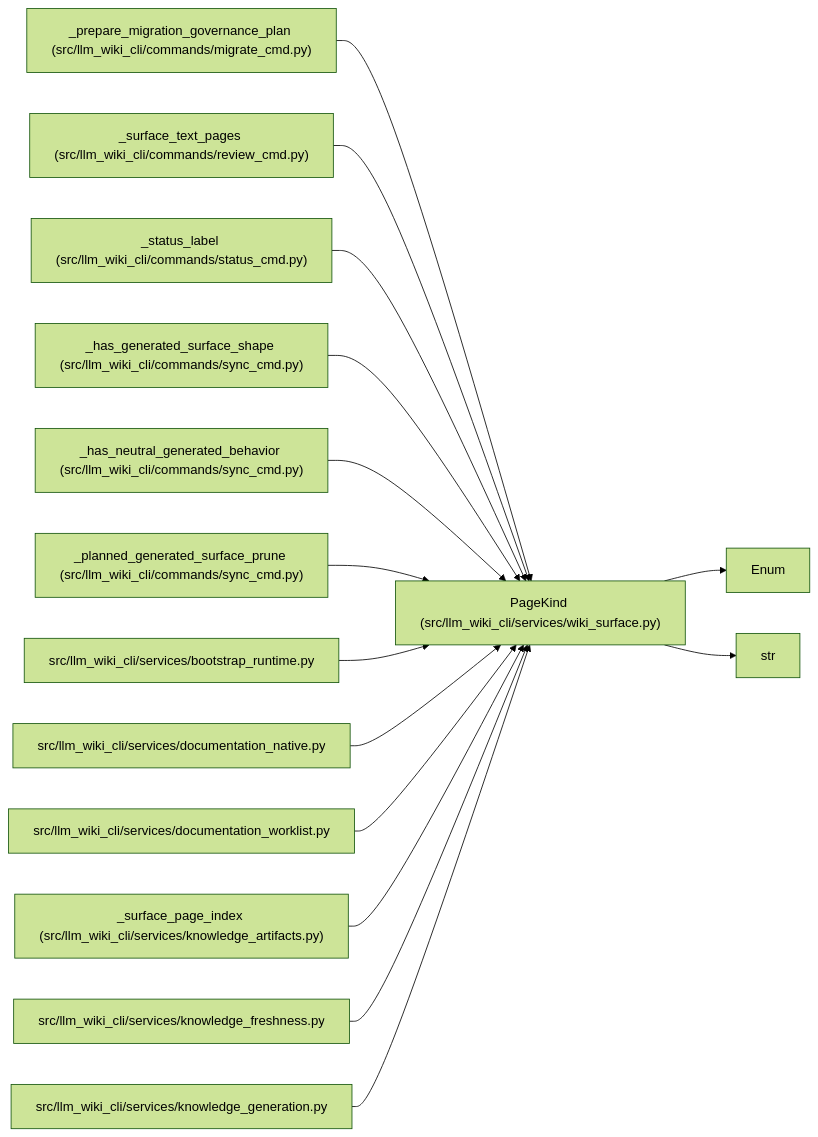
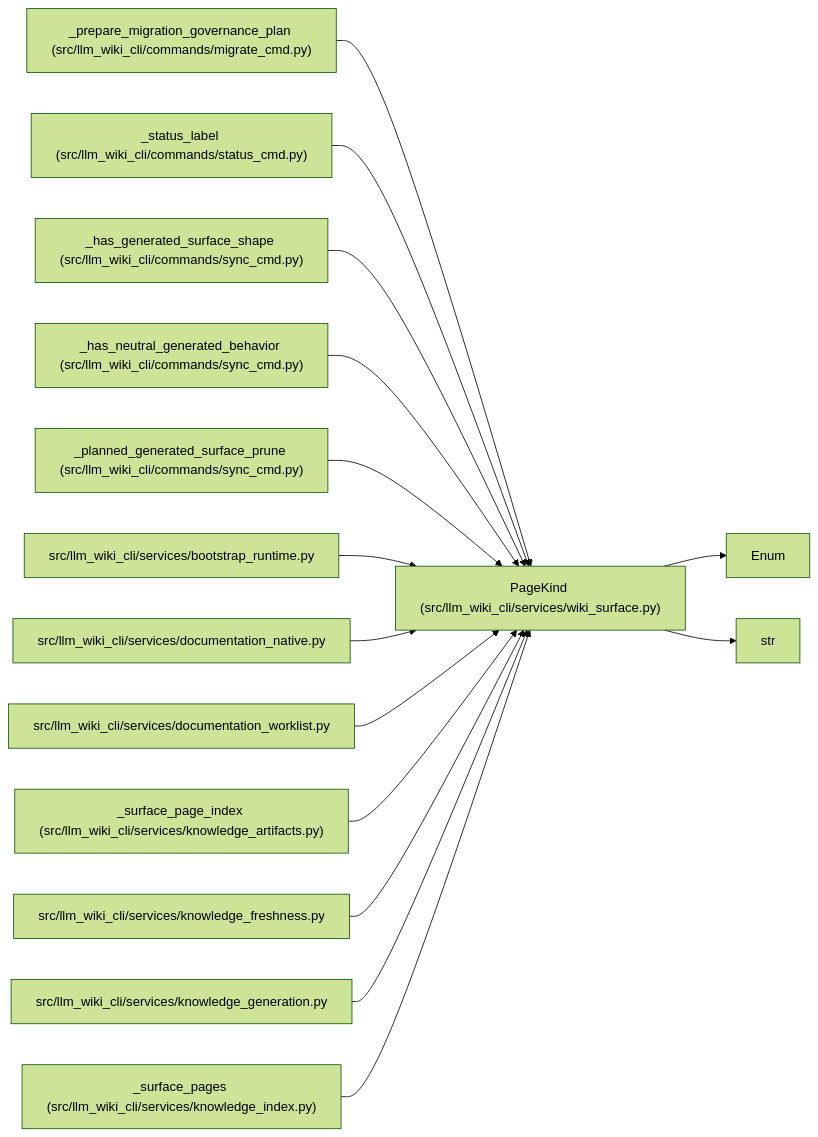
Before and after one commit to Denissvgn/python-wiki-llm: the diagram in docs/llm_wiki/entities/PageKind.md, drawn with Mermaid (forest theme). The commit also changed other lines of this file and 152 other files, not shown here.

````diff
--- a/docs/llm_wiki/entities/PageKind.md
+++ b/docs/llm_wiki/entities/PageKind.md
@@ -35,45 +35,45 @@
 ```mermaid
 flowchart LR
     n0["PageKind (src/llm_wiki_cli/services/wiki_surface.py)"]
     n1["Enum"]
     n2["str"]
     n3["_prepare_migration_governance_plan (src/llm_wiki_cli/commands/migrate_cmd.py)"]
-    n4["_surface_text_pages (src/llm_wiki_cli/commands/review_cmd.py)"]
-    n5["_status_label (src/llm_wiki_cli/commands/status_cmd.py)"]
-    n6["_has_generated_surface_shape (src/llm_wiki_cli/commands/sync_cmd.py)"]
-    n7["_has_neutral_generated_behavior (src/llm_wiki_cli/commands/sync_cmd.py)"]
-    n8["_planned_generated_surface_prune (src/llm_wiki_cli/commands/sync_cmd.py)"]
-    n9["src/llm_wiki_cli/services/bootstrap_runtime.py"]
-    n10["src/llm_wiki_cli/services/documentation_native.py"]
-    n11["src/llm_wiki_cli/services/documentation_worklist.py"]
-    n12["_surface_page_index (src/llm_wiki_cli/services/knowledge_artifacts.py)"]
-    n13["src/llm_wiki_cli/services/knowledge_freshness.py"]
-    n14["src/llm_wiki_cli/services/knowledge_generation.py"]
+    n4["_status_label (src/llm_wiki_cli/commands/status_cmd.py)"]
+    n5["_has_generated_surface_shape (src/llm_wiki_cli/commands/sync_cmd.py)"]
+    n6["_has_neutral_generated_behavior (src/llm_wiki_cli/commands/sync_cmd.py)"]
+    n7["_planned_generated_surface_prune (src/llm_wiki_cli/commands/sync_cmd.py)"]
+    n8["src/llm_wiki_cli/services/bootstrap_runtime.py"]
+    n9["src/llm_wiki_cli/services/documentation_native.py"]
+    n10["src/llm_wiki_cli/services/documentation_worklist.py"]
+    n11["_surface_page_index (src/llm_wiki_cli/services/knowledge_artifacts.py)"]
+    n12["src/llm_wiki_cli/services/knowledge_freshness.py"]
+    n13["src/llm_wiki_cli/services/knowledge_generation.py"]
+    n14["_surface_pages (src/llm_wiki_cli/services/knowledge_index.py)"]
     n0 --> n1
     n0 --> n2
     n3 --> n0
     n4 --> n0
     n5 --> n0
     n6 --> n0
     n7 --> n0
     n8 --> n0
     n9 --> n0
     n10 --> n0
     n11 --> n0
     n12 --> n0
     n13 --> n0
     n14 --> n0
     click n0 "../modules/wiki_surface.md"
     click n3 "../modules/migrate_cmd.md"
-    click n4 "../modules/review_cmd.md"
-    click n5 "../modules/status_cmd.md"
+    click n4 "../modules/status_cmd.md"
+    click n5 "../modules/sync_cmd.md"
     click n6 "../modules/sync_cmd.md"
     click n7 "../modules/sync_cmd.md"
-    click n8 "../modules/sync_cmd.md"
-    click n9 "../modules/bootstrap_runtime.md"
-    click n10 "../modules/documentation_native.md"
-    click n11 "../modules/documentation_worklist.md"
-    click n12 "../modules/knowledge_artifacts.md"
-    click n13 "../modules/knowledge_freshness.md"
-    click n14 "../modules/knowledge_generation.md"
+    click n8 "../modules/bootstrap_runtime.md"
+    click n9 "../modules/documentation_native.md"
+    click n10 "../modules/documentation_worklist.md"
+    click n11 "../modules/knowledge_artifacts.md"
+    click n12 "../modules/knowledge_freshness.md"
+    click n13 "../modules/knowledge_generation.md"
+    click n14 "../modules/knowledge_index.md"
 ```
````
